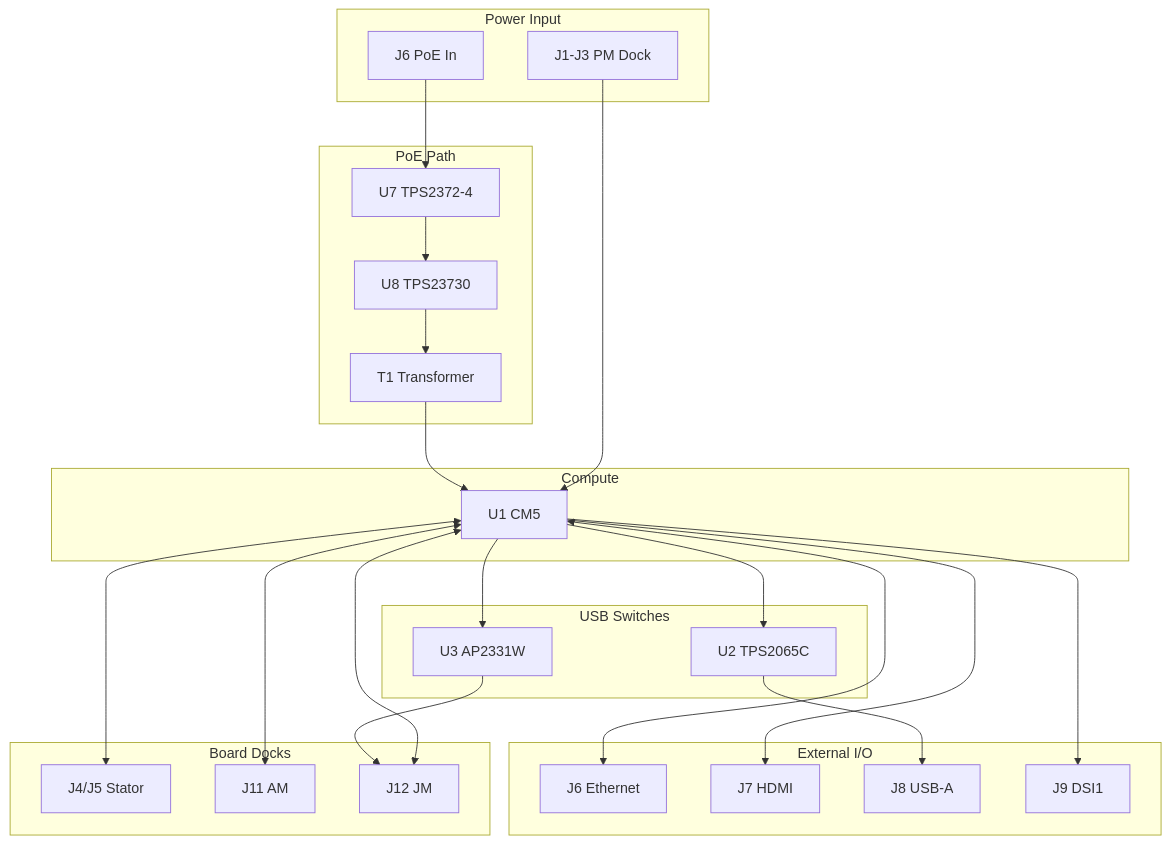
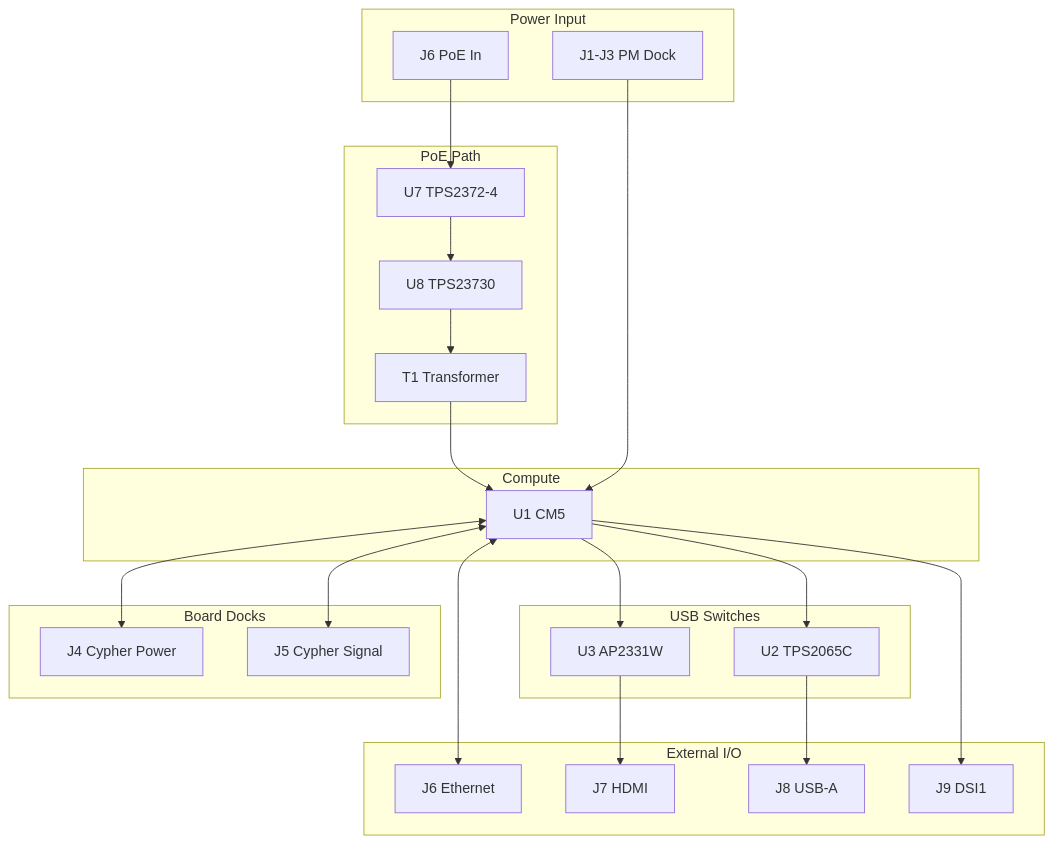
The diagram in design/Electronics/Controller/Design_Spec.md (thepinkmile/Enigma-NG), drawn with Mermaid before and after one commit. The commit also changed other lines of this file and 24 other files, not shown here.

````diff
--- a/design/Electronics/Controller/Design_Spec.md
+++ b/design/Electronics/Controller/Design_Spec.md
@@ -87,51 +84,48 @@
 ```mermaid
 flowchart TD
   subgraph PWR_IN["Power Input"]
     J1_3["J1-J3 PM Dock"]
     J6_POE["J6 PoE In"]
   end
 
   subgraph POE_PATH["PoE Path"]
     U7["U7 TPS2372-4"]
     U8["U8 TPS23730"]
     T1["T1 Transformer"]
   end
 
   subgraph COMPUTE["Compute"]
     U1["U1 CM5"]
   end
 
   subgraph USB_SW["USB Switches"]
     U2["U2 TPS2065C"]
     U3["U3 AP2331W"]
   end
 
   subgraph EXT_IO["External I/O"]
     J6_ETH["J6 Ethernet"]
     J7["J7 HDMI"]
     J8["J8 USB-A"]
     J9["J9 DSI1"]
   end
 
   subgraph DOCKS["Board Docks"]
-    J4_J5["J4/J5 Stator"]
-    J11["J11 AM"]
-    J12["J12 JM"]
+    J4["J4 Cypher Power"]
+    J5["J5 Cypher Signal"]
   end
 
   J6_POE --> U7
   U7 --> U8
   U8 --> T1
   T1 --> U1
   J1_3 --> U1
   U1 <--> J6_ETH
-  U1 --> J7
   U1 --> U2
   U2 --> J8
   U1 --> U3
-  U3 --> J12
+  U3 --> J7
   U1 --> J9
-  U1 <--> J4_J5
-  U1 <--> J11
-  U1 <--> J12
+  U1 <--> J4
+  U1 <--> J5
 ```
````
